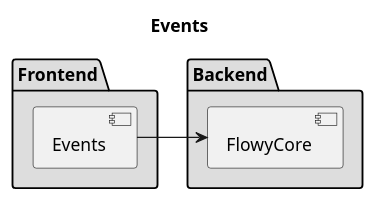
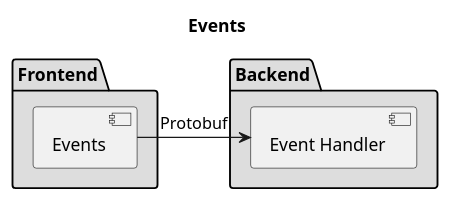
The first of 2 diagrams in uml/rust_classes/inter_process_commuciate.plantuml (AppFlowy-IO/AppFlowy-Docs), drawn with PlantUML before and after one commit. The commit also changed other lines of this file and 5 other files, not shown here.

```diff
--- a/uml/rust_classes/inter_process_commuciate.plantuml
+++ b/uml/rust_classes/inter_process_commuciate.plantuml
@@ -1,13 +1,13 @@
 @startuml
 title Events
 
 package "Frontend" #DDDDDD {
     component Events
 }
 
 package "Backend" #DDDDDD {
-    component FlowyCore
+    component EventHandler as "Event Handler"
 }
 
-FlowyCore <-l- Events
+EventHandler <-l- Events: Protobuf
 @enduml
```
